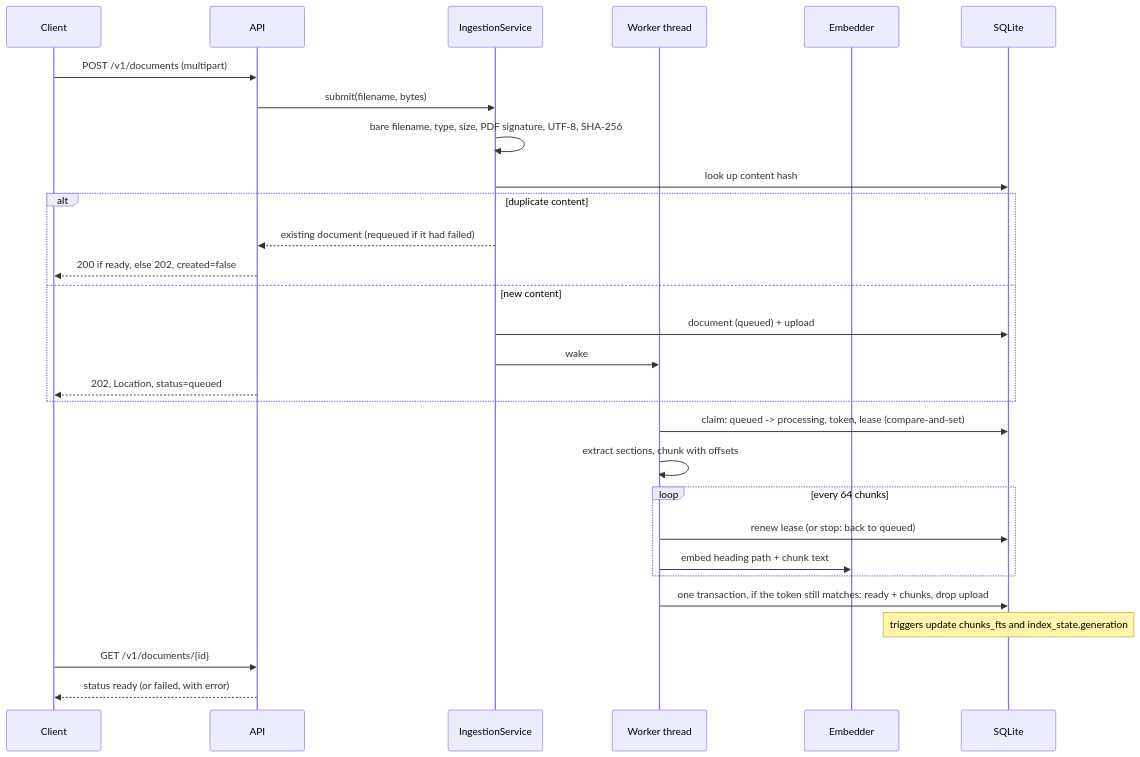
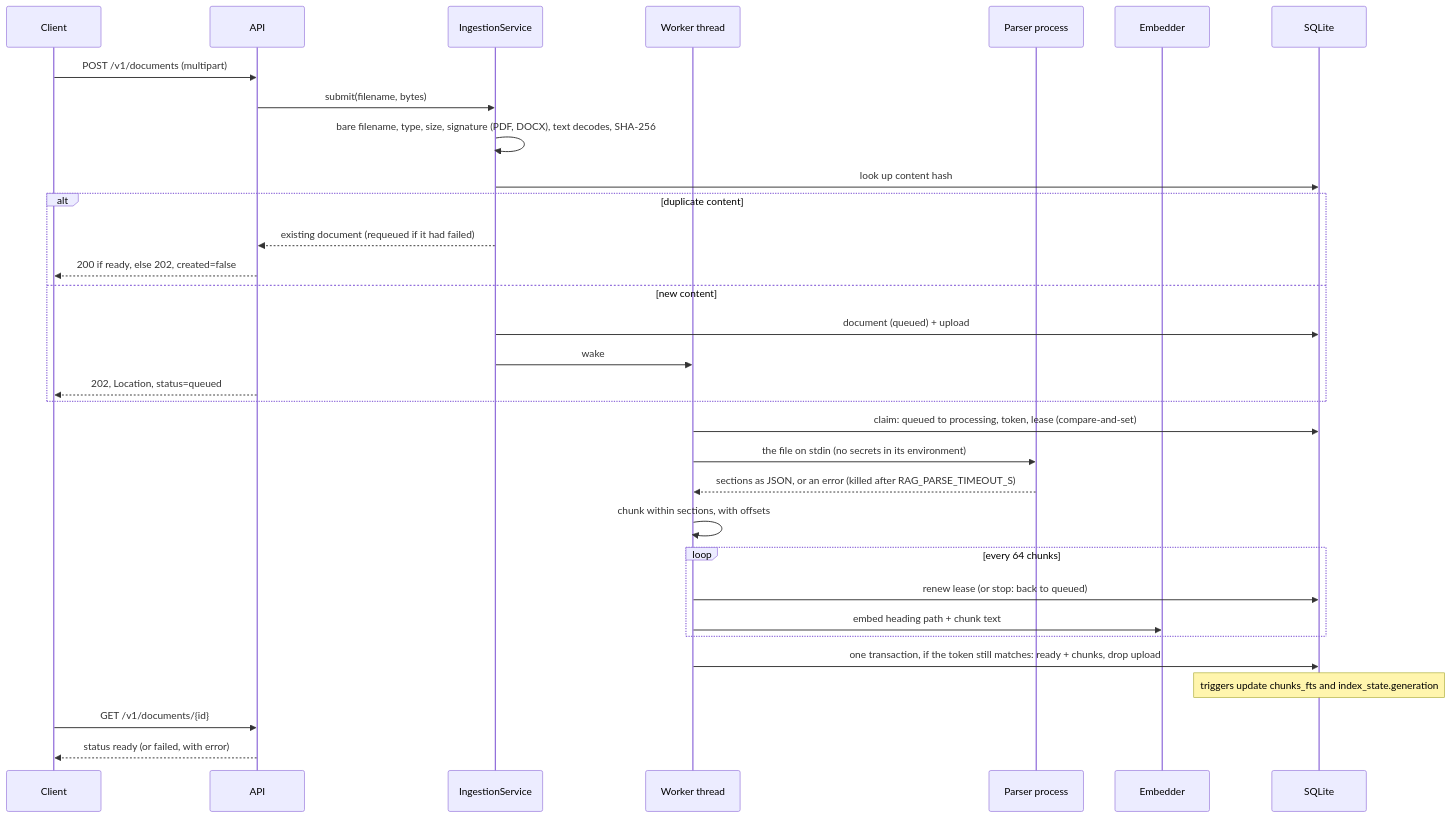
One commit to saicharan-nidiganti/production-rag changed the third of 7 diagrams in docs/architecture.md. Above: the diagram before and after it, drawn with Mermaid. The commit also changed other lines of this file and 2 other files, not shown here.

First line of the commit message:
docs: rework the README, operations guide and architecture with new diagrams

````diff
--- a/docs/architecture.md
+++ b/docs/architecture.md
@@ -101,31 +139,34 @@
 ```mermaid
 sequenceDiagram
     participant C as Client
     participant A as API
     participant I as IngestionService
     participant W as Worker thread
+    participant P as Parser process
     participant E as Embedder
     participant D as SQLite
     C->>A: POST /v1/documents (multipart)
     A->>I: submit(filename, bytes)
-    I->>I: bare filename, type, size, PDF signature, UTF-8, SHA-256
+    I->>I: bare filename, type, size, signature (PDF, DOCX), text decodes, SHA-256
     I->>D: look up content hash
     alt duplicate content
         I-->>A: existing document (requeued if it had failed)
         A-->>C: 200 if ready, else 202, created=false
     else new content
         I->>D: document (queued) + upload
         I->>W: wake
         A-->>C: 202, Location, status=queued
     end
-    W->>D: claim: queued -> processing, token, lease (compare-and-set)
-    W->>W: extract sections, chunk with offsets
+    W->>D: claim: queued to processing, token, lease (compare-and-set)
+    W->>P: the file on stdin (no secrets in its environment)
+    P-->>W: sections as JSON, or an error (killed after RAG_PARSE_TIMEOUT_S)
+    W->>W: chunk within sections, with offsets
     loop every 64 chunks
         W->>D: renew lease (or stop: back to queued)
         W->>E: embed heading path + chunk text
     end
     W->>D: one transaction, if the token still matches: ready + chunks, drop upload
     Note over D: triggers update chunks_fts and index_state.generation
     C->>A: GET /v1/documents/{id}
     A-->>C: status ready (or failed, with error)
 ```
````
